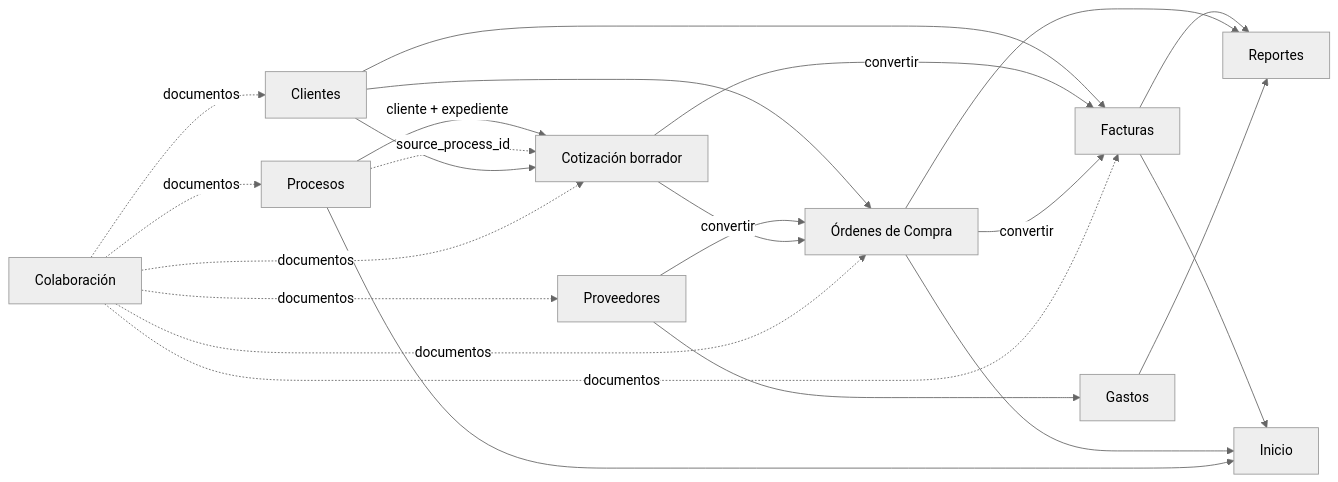
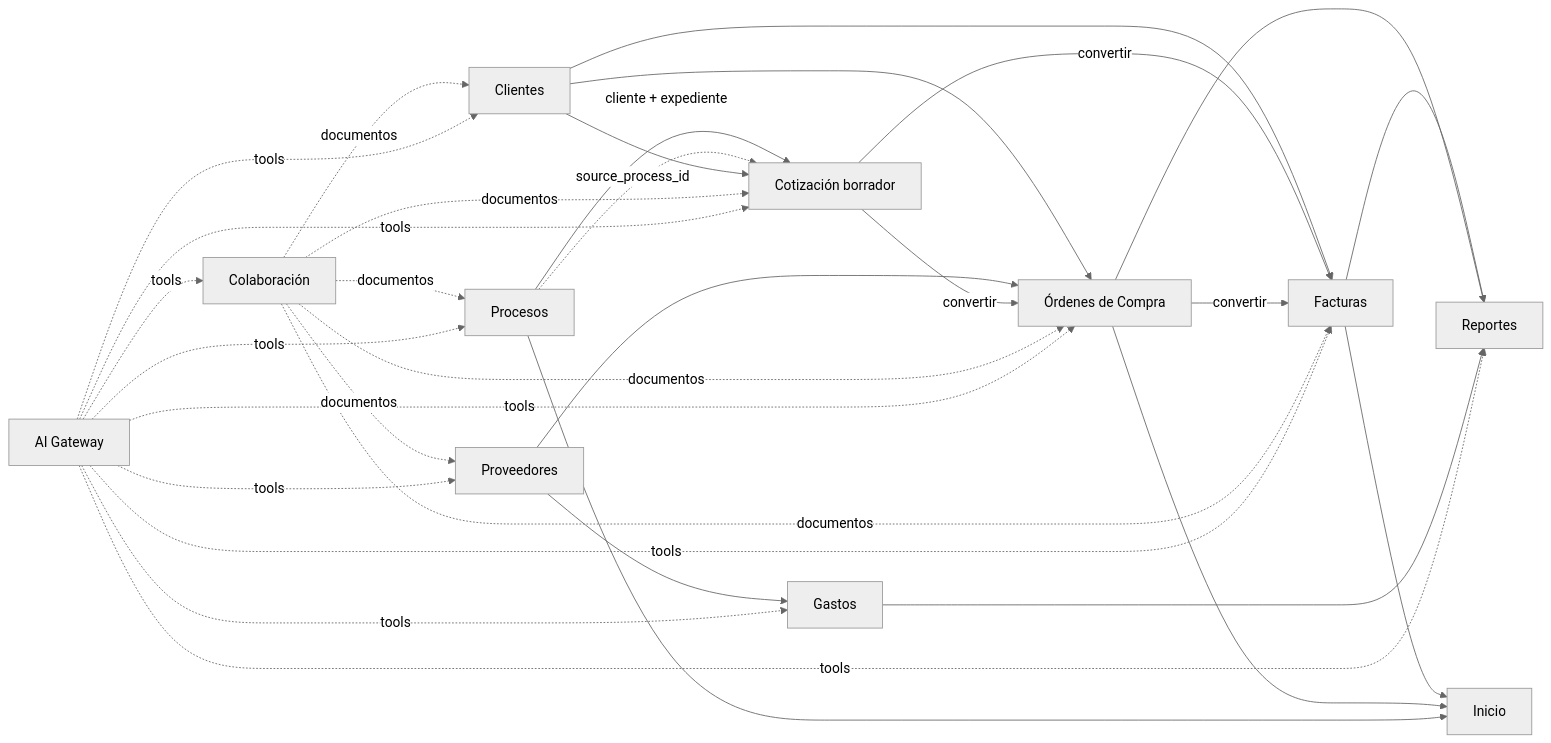
Before and after one commit to Ahcast/Bastion: the second of 4 diagrams in docs/architecture/oficina-ai-v2.md, drawn with Mermaid (neutral theme). The commit also changed other lines of this file, not shown here.

````diff
--- a/docs/architecture/oficina-ai-v2.md
+++ b/docs/architecture/oficina-ai-v2.md
@@ -202,31 +217,41 @@
 ```mermaid
 flowchart LR
     P["Procesos"] -->|"cliente + expediente"| Q["Cotización borrador"]
     P -. source_process_id .-> Q
 
     C["Clientes"] --> Q
     C --> O["Órdenes de Compra"]
     C --> I["Facturas"]
 
     S["Proveedores"] --> O
     S --> G["Gastos"]
 
     Q -->|"convertir"| O
     Q -->|"convertir"| I
     O -->|"convertir"| I
 
     I --> R["Reportes"]
     O --> R
     G --> R
 
     I --> D["Inicio"]
     O --> D
     P --> D
 
     COL["Colaboración"] -. documentos .-> P
     COL -. documentos .-> Q
     COL -. documentos .-> O
     COL -. documentos .-> I
     COL -. documentos .-> C
     COL -. documentos .-> S
+
+    AIGW["AI Gateway"] -. tools .-> P
+    AIGW -. tools .-> Q
+    AIGW -. tools .-> O
+    AIGW -. tools .-> I
+    AIGW -. tools .-> G
+    AIGW -. tools .-> R
+    AIGW -. tools .-> C
+    AIGW -. tools .-> S
+    AIGW -. tools .-> COL
 ```
````
